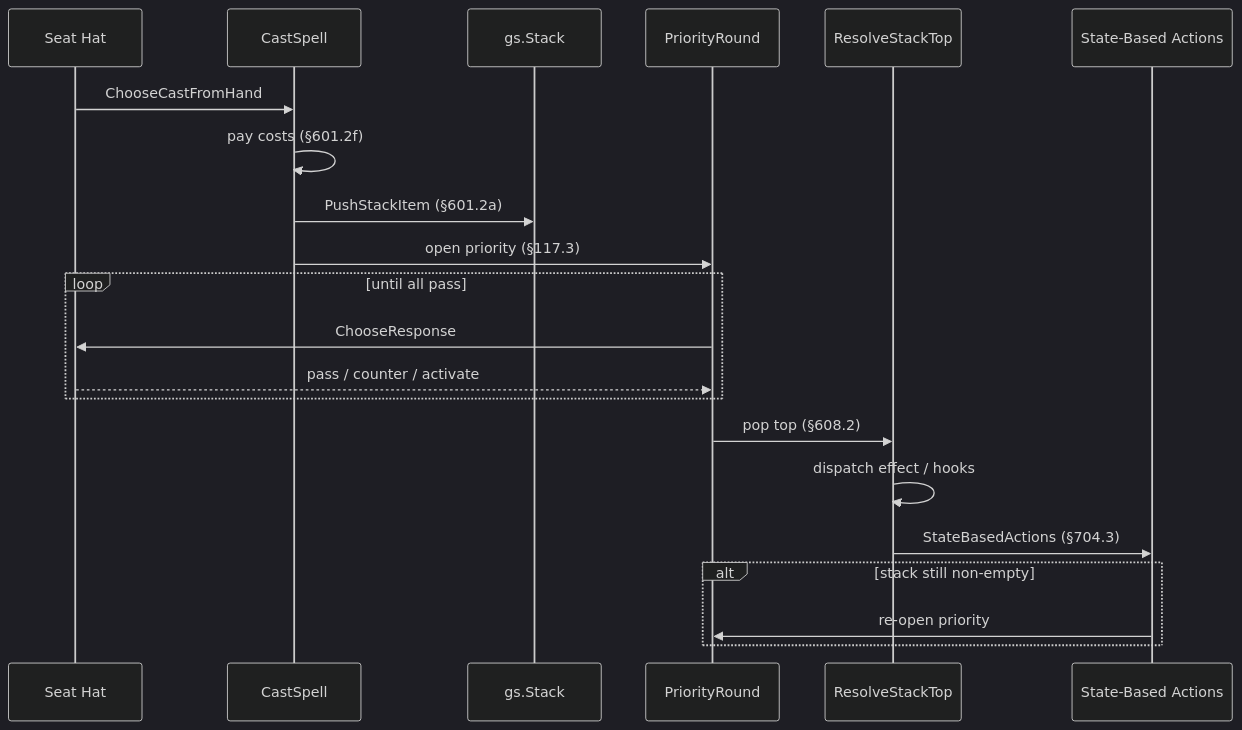
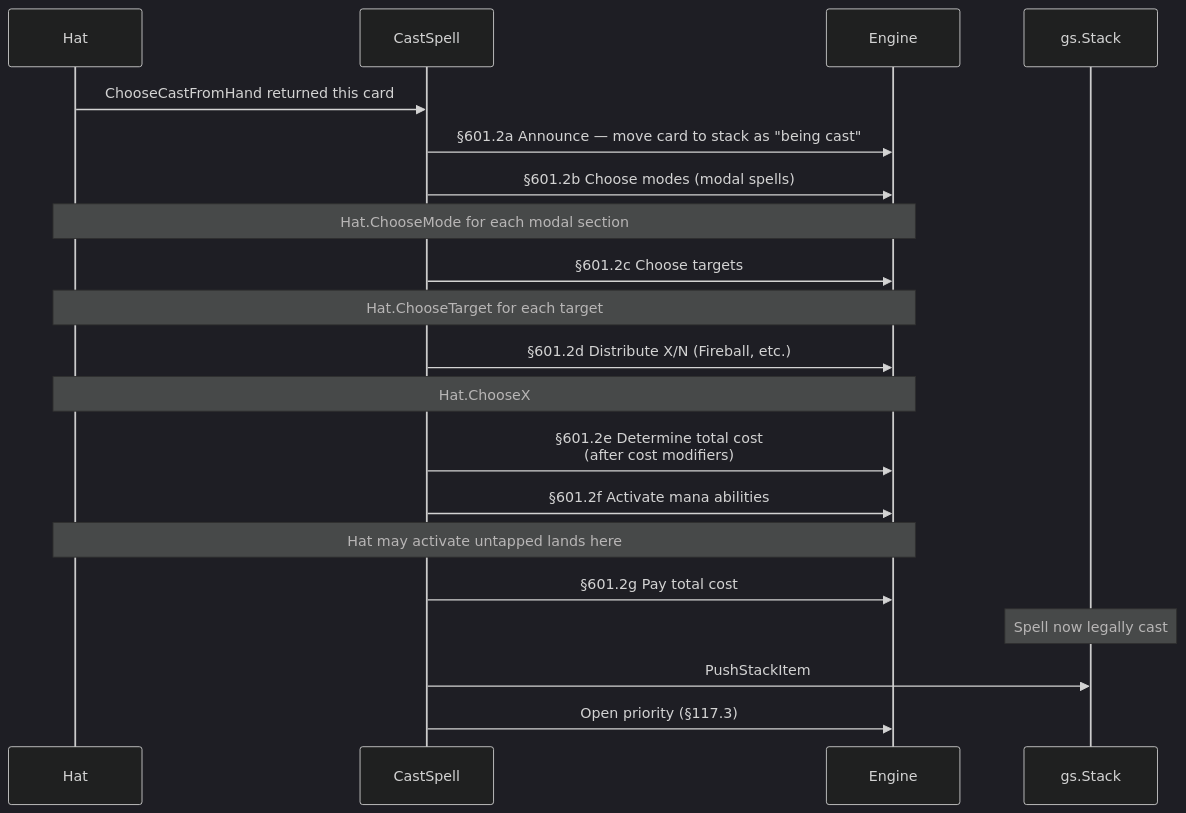
The first of 5 diagrams in docs/Stack and Priority.md (HexDek/HexDek), drawn with Mermaid (dark theme) before and after one commit. The commit also changed other lines of this file and 17 other files, not shown here.

````diff
--- a/docs/Stack and Priority.md
+++ b/docs/Stack and Priority.md
@@ -11,24 +26,23 @@
 ```mermaid
 sequenceDiagram
-    participant Hat as Seat Hat
+    participant Hat as Hat
     participant CS as CastSpell
+    participant Eng as Engine
     participant Stack as gs.Stack
-    participant PR as PriorityRound
-    participant RS as ResolveStackTop
-    participant SBA as State-Based Actions
 
-    Hat->>CS: ChooseCastFromHand
-    CS->>CS: pay costs (§601.2f)
-    CS->>Stack: PushStackItem (§601.2a)
-    CS->>PR: open priority (§117.3)
-    loop until all pass
-        PR->>Hat: ChooseResponse
-        Hat-->>PR: pass / counter / activate
-    end
-    PR->>RS: pop top (§608.2)
-    RS->>RS: dispatch effect / hooks
-    RS->>SBA: StateBasedActions (§704.3)
-    alt stack still non-empty
-        SBA->>PR: re-open priority
-    end
+    Hat->>CS: ChooseCastFromHand returned this card
+    CS->>Eng: §601.2a Announce — move card to stack as "being cast"
+    CS->>Eng: §601.2b Choose modes (modal spells)
+    Note over Eng,Hat: Hat.ChooseMode for each modal section
+    CS->>Eng: §601.2c Choose targets
+    Note over Eng,Hat: Hat.ChooseTarget for each target
+    CS->>Eng: §601.2d Distribute X/N (Fireball, etc.)
+    Note over Eng,Hat: Hat.ChooseX
+    CS->>Eng: §601.2e Determine total cost<br/>(after cost modifiers)
+    CS->>Eng: §601.2f Activate mana abilities
+    Note over Eng,Hat: Hat may activate untapped lands here
+    CS->>Eng: §601.2g Pay total cost
+    Note over Stack: Spell now legally cast
+    CS->>Stack: PushStackItem
+    CS->>Eng: Open priority (§117.3)
 ```
````
